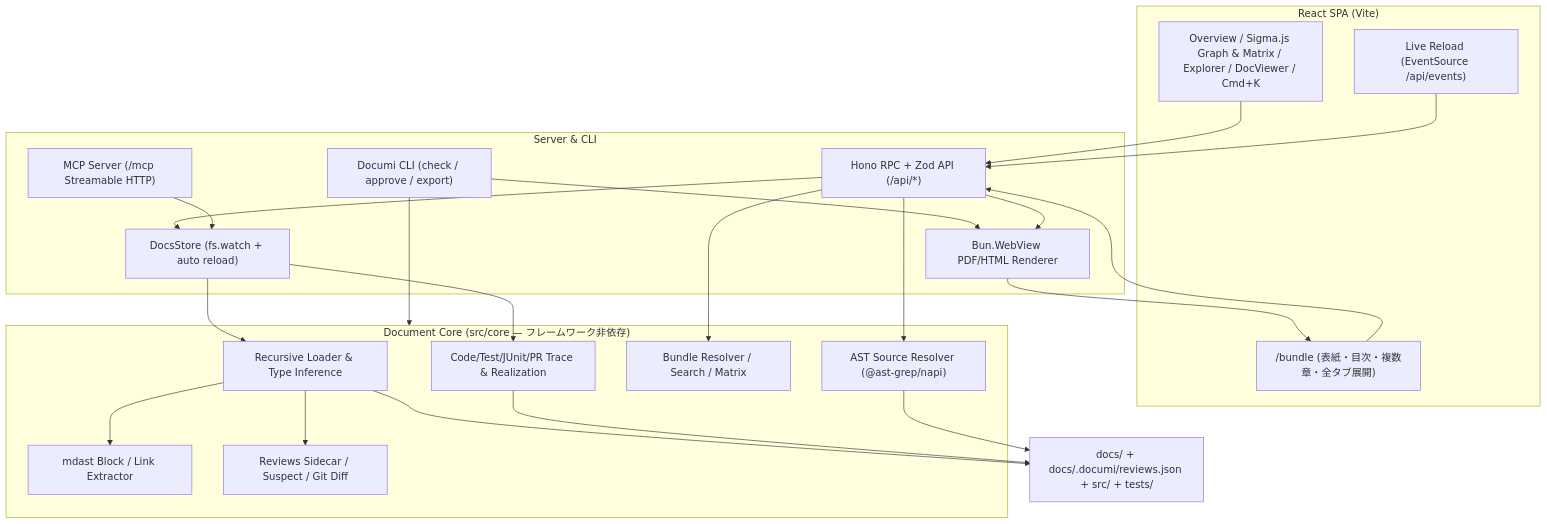
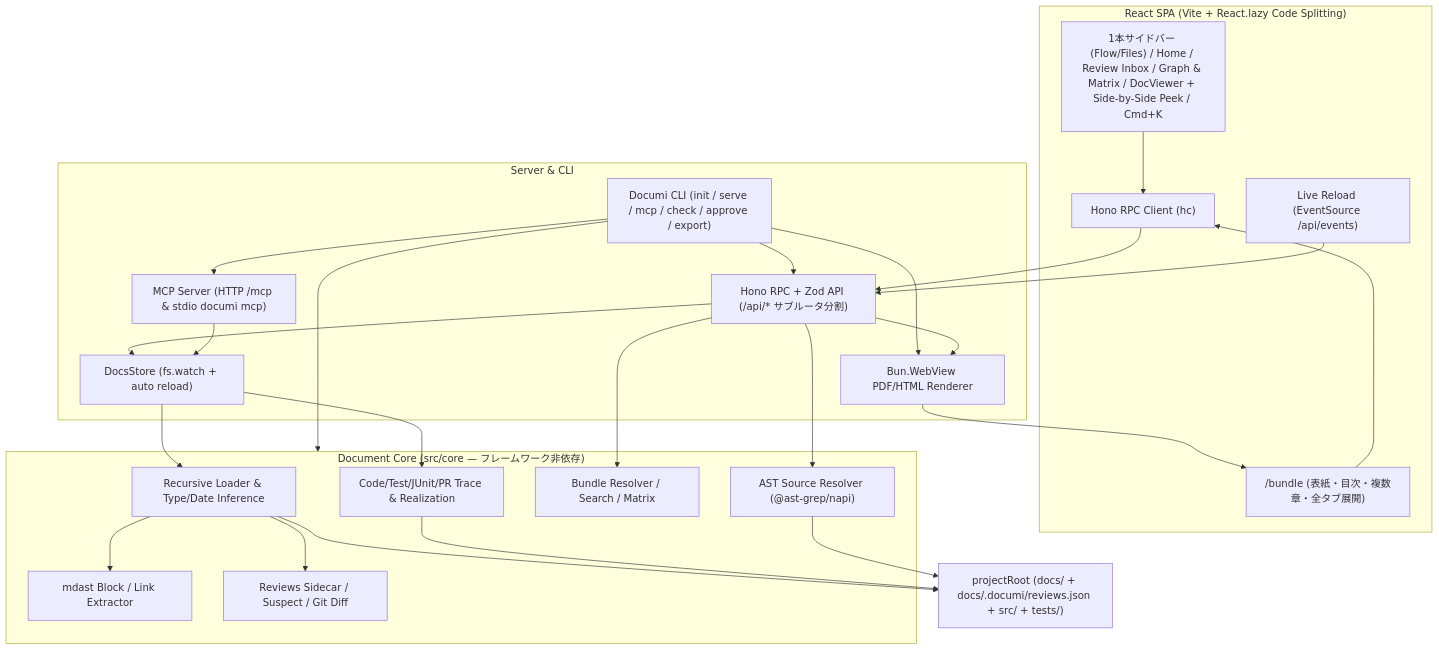
Before and after one commit to naatin777/documi: the diagram in docs/architecture/system-overview.mdx, drawn with Mermaid. The commit also changed other lines of this file and 22 other files, not shown here.

First line of the commit message:
feat: リーディング中心サイドバー・Review Inbox・Side-by-Side プレビューを実装し docs を更新 (#2)

````diff
--- a/docs/architecture/system-overview.mdx
+++ b/docs/architecture/system-overview.mdx
@@ -12,46 +12,50 @@
 ```mermaid
 flowchart TB
-    subgraph Client["React SPA (Vite)"]
-        UI["Overview / Sigma.js Graph & Matrix / Explorer / DocViewer / Cmd+K"]
+    subgraph Client["React SPA (Vite + React.lazy Code Splitting)"]
+        UI["1本サイドバー (Flow/Files) / Home / Review Inbox / Graph & Matrix / DocViewer + Side-by-Side Peek / Cmd+K"]
+        RPC["Hono RPC Client (hc<ApiRoutes>)"]
         BundleUI["/bundle (表紙・目次・複数章・全タブ展開)"]
         SSE["Live Reload (EventSource /api/events)"]
     end
 
     subgraph Entry["Server & CLI"]
-        API["Hono RPC + Zod API (/api/*)"]
-        MCP["MCP Server (/mcp Streamable HTTP)"]
+        API["Hono RPC + Zod API (/api/* サブルータ分割)"]
+        MCP["MCP Server (HTTP /mcp & stdio documi mcp)"]
         PDF["Bun.WebView PDF/HTML Renderer"]
-        CLI["Documi CLI (check / approve / export)"]
+        CLI["Documi CLI (init / serve / mcp / check / approve / export)"]
         Store["DocsStore (fs.watch + auto reload)"]
     end
 
     subgraph Core["Document Core (src/core — フレームワーク非依存)"]
-        Loader["Recursive Loader & Type Inference"]
+        Loader["Recursive Loader & Type/Date Inference"]
         Mdx["mdast Block / Link Extractor"]
         Reviews["Reviews Sidecar / Suspect / Git Diff"]
         Trace["Code/Test/JUnit/PR Trace & Realization"]
         BundleCore["Bundle Resolver / Search / Matrix"]
         Source["AST Source Resolver (@ast-grep/napi)"]
     end
 
-    FS["docs/ + docs/.documi/reviews.json + src/ + tests/"]
+    FS["projectRoot (docs/ + docs/.documi/reviews.json + src/ + tests/)"]
 
-    UI --> API
-    BundleUI --> API
+    UI --> RPC
+    BundleUI --> RPC
+    RPC --> API
     SSE --> API
     PDF --> BundleUI
     CLI --> Core
+    CLI --> API
+    CLI --> MCP
     CLI --> PDF
     API --> Store
     API --> PDF
     MCP --> Store
     Store --> Loader
     Loader --> Mdx
     Loader --> Reviews
     Store --> Trace
     API --> BundleCore
     API --> Source
     Loader --> FS
     Trace --> FS
     Source --> FS
 ```
````
